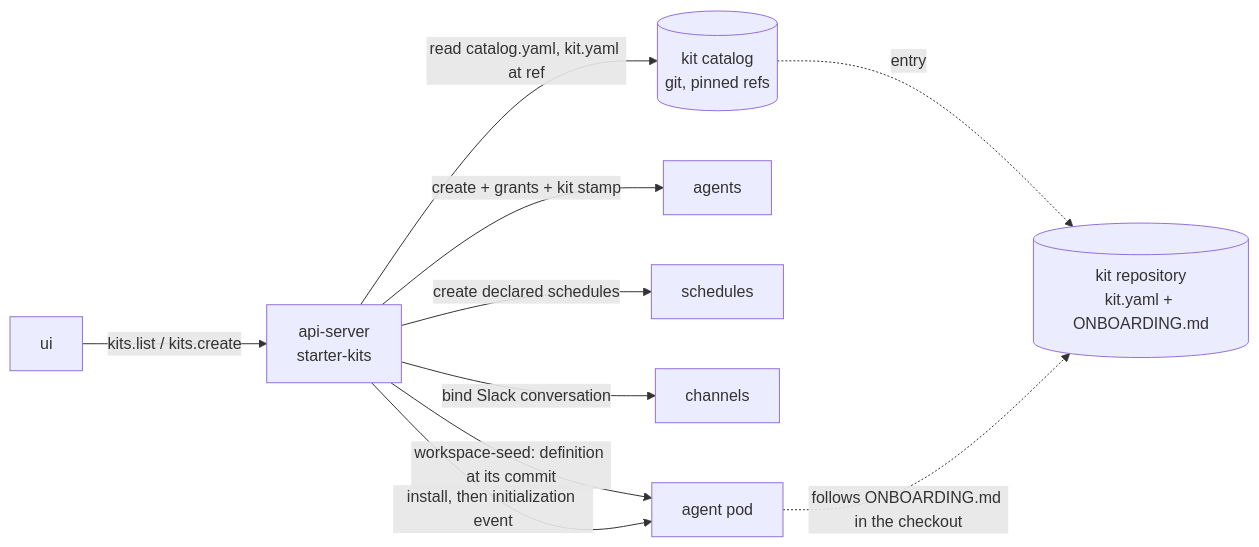
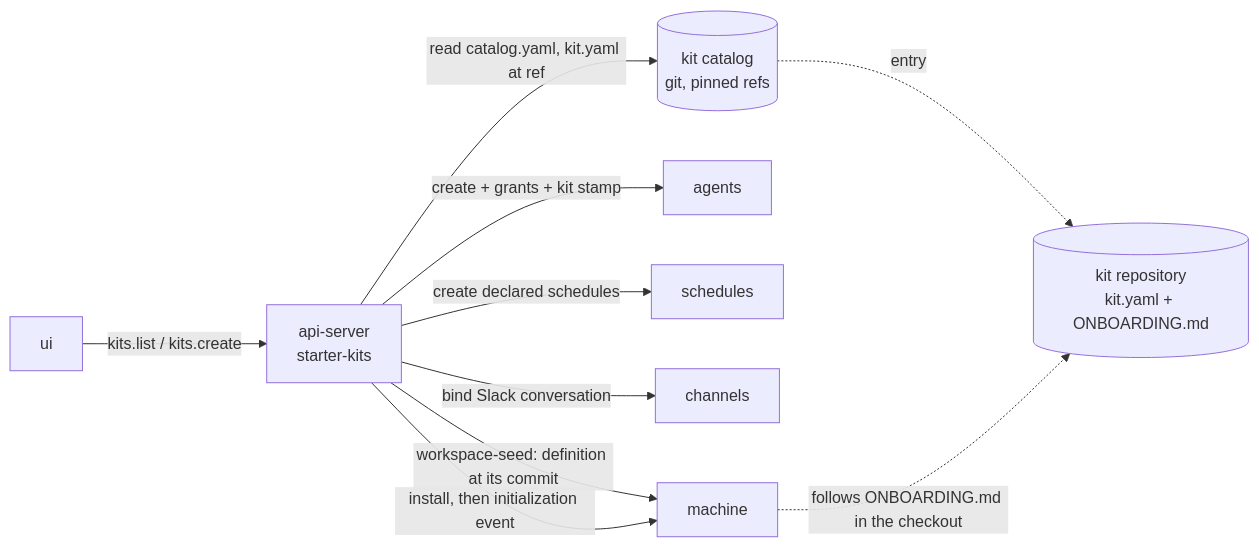
Before and after one commit to dam-agents/dam: the diagram in docs/architecture/starter-kits.md, drawn with Mermaid. The commit also changed other lines of this file and 53 other files, not shown here.

````diff
--- a/docs/architecture/starter-kits.md
+++ b/docs/architecture/starter-kits.md
@@ -20,21 +20,21 @@
 ```mermaid
 flowchart LR
   catalog[(kit catalog<br/>git, pinned refs)]
   kitrepo[(kit repository<br/>kit.yaml + ONBOARDING.md)]
   ui[ui]
   api[api-server<br/>starter-kits]
   agents[agents]
   schedules[schedules]
   channels[channels]
-  pod[agent pod]
+  machine[machine]
 
   api -->|read catalog.yaml, kit.yaml at ref| catalog
   catalog -.->|entry| kitrepo
   ui -->|kits.list / kits.create| api
   api -->|create + grants + kit stamp| agents
   api -->|create declared schedules| schedules
   api -->|bind Slack conversation| channels
-  api -->|workspace-seed: definition at its commit| pod
-  api -->|install, then initialization event| pod
-  pod -.->|follows ONBOARDING.md in the checkout| kitrepo
+  api -->|workspace-seed: definition at its commit| machine
+  api -->|install, then initialization event| machine
+  machine -.->|follows ONBOARDING.md in the checkout| kitrepo
 ```
````
